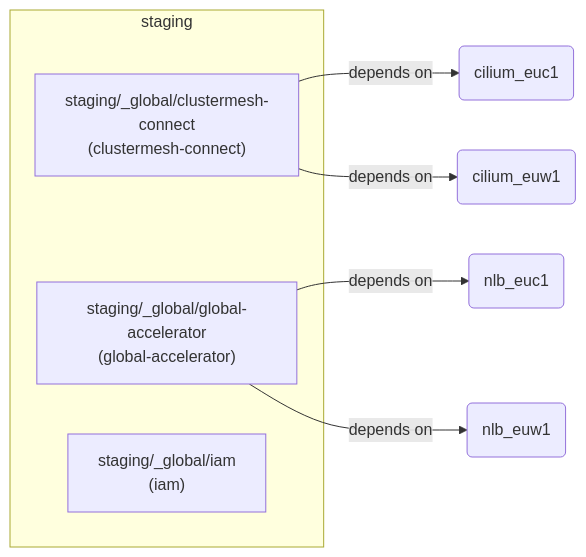
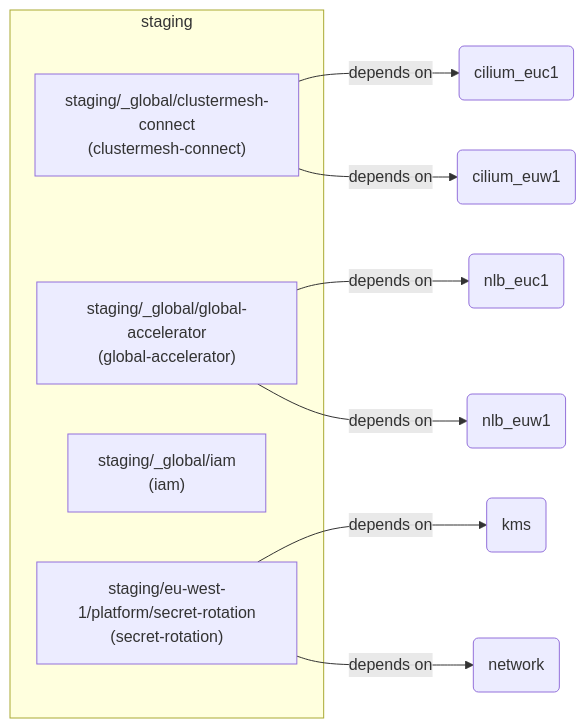
One commit to 100rd/platform-design changed the diagram in docs/diagrams/staging.md. Above: the diagram before and after it, drawn with Mermaid. The commit also changed 3 other files, not shown here.

Commit message:
docs: regenerate infrastructure diagrams

````diff
--- a/docs/diagrams/staging.md
+++ b/docs/diagrams/staging.md
@@ -7,12 +7,15 @@
 ```mermaid
 graph LR
   subgraph staging["staging"]
     staging__global_clustermesh_connect["staging/_global/clustermesh-connect<br/>(clustermesh-connect)"]
     staging__global_global_accelerator["staging/_global/global-accelerator<br/>(global-accelerator)"]
     staging__global_iam["staging/_global/iam<br/>(iam)"]
+    staging_eu_west_1_platform_secret_rotation["staging/eu-west-1/platform/secret-rotation<br/>(secret-rotation)"]
   end
   staging__global_clustermesh_connect -->|depends on| staging__global_clustermesh_connect__dep__cilium_euc1(cilium_euc1)
   staging__global_clustermesh_connect -->|depends on| staging__global_clustermesh_connect__dep__cilium_euw1(cilium_euw1)
   staging__global_global_accelerator -->|depends on| staging__global_global_accelerator__dep__nlb_euc1(nlb_euc1)
   staging__global_global_accelerator -->|depends on| staging__global_global_accelerator__dep__nlb_euw1(nlb_euw1)
+  staging_eu_west_1_platform_secret_rotation -->|depends on| staging_eu_west_1_platform_secret_rotation__dep__kms(kms)
+  staging_eu_west_1_platform_secret_rotation -->|depends on| staging_eu_west_1_platform_secret_rotation__dep__network(network)
 ```
````
